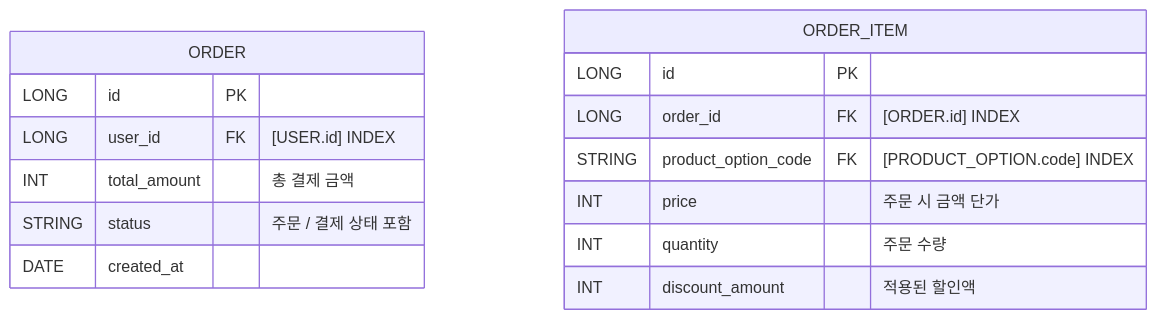
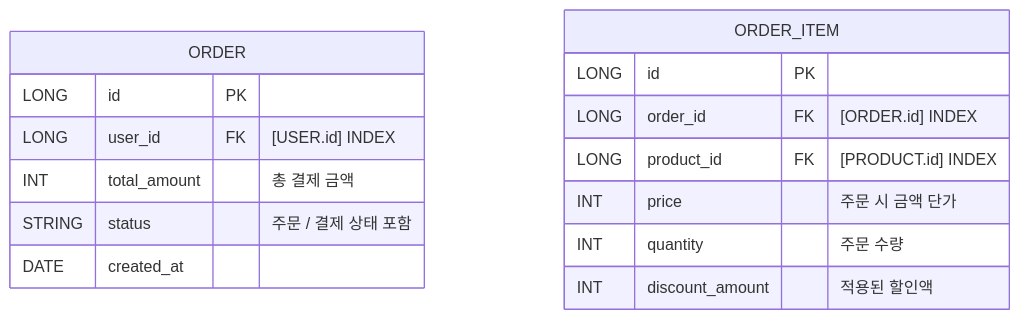
One commit to hanghae-plus-anveloper/e-commerce changed the fifth of 6 diagrams in docs/entity-relationship-diagram/erd-table-group.md. Above: the diagram before and after it, drawn with Mermaid. The commit also changed other lines of this file and 2 other files, not shown here.

Commit message:
docs: ProductOption 관련 로직 삭제

````diff
--- a/docs/entity-relationship-diagram/erd-table-group.md
+++ b/docs/entity-relationship-diagram/erd-table-group.md
@@ -195,22 +186,22 @@
 ```mermaid
 erDiagram
     ORDER {
         LONG    id PK
         LONG    user_id FK      "[USER.id] INDEX"
         INT     total_amount    "총 결제 금액"
         STRING  status          "주문 / 결제 상태 포함"
         %% DRAFT | PENDING | PAID | IN_TRANSIT | CONFIRMED | CANCELLED | REFUNDED
         DATE    created_at
     }
 
     ORDER_ITEM {
         LONG    id PK
         LONG    order_id FK             "[ORDER.id] INDEX"
-        STRING  product_option_code FK  "[PRODUCT_OPTION.code] INDEX"
+        LONG    product_id FK           "[PRODUCT.id] INDEX"
         %% 주문 시와 현재 상품 금액과 다를 수 있음
         INT     price                   "주문 시 금액 단가"
         INT     quantity                "주문 수량"
         %% 주문서에 상품마다 얼마나 할인되었는 지 표기 -12,000원
         INT     discount_amount         "적용된 할인액"
     }
 ```
````
